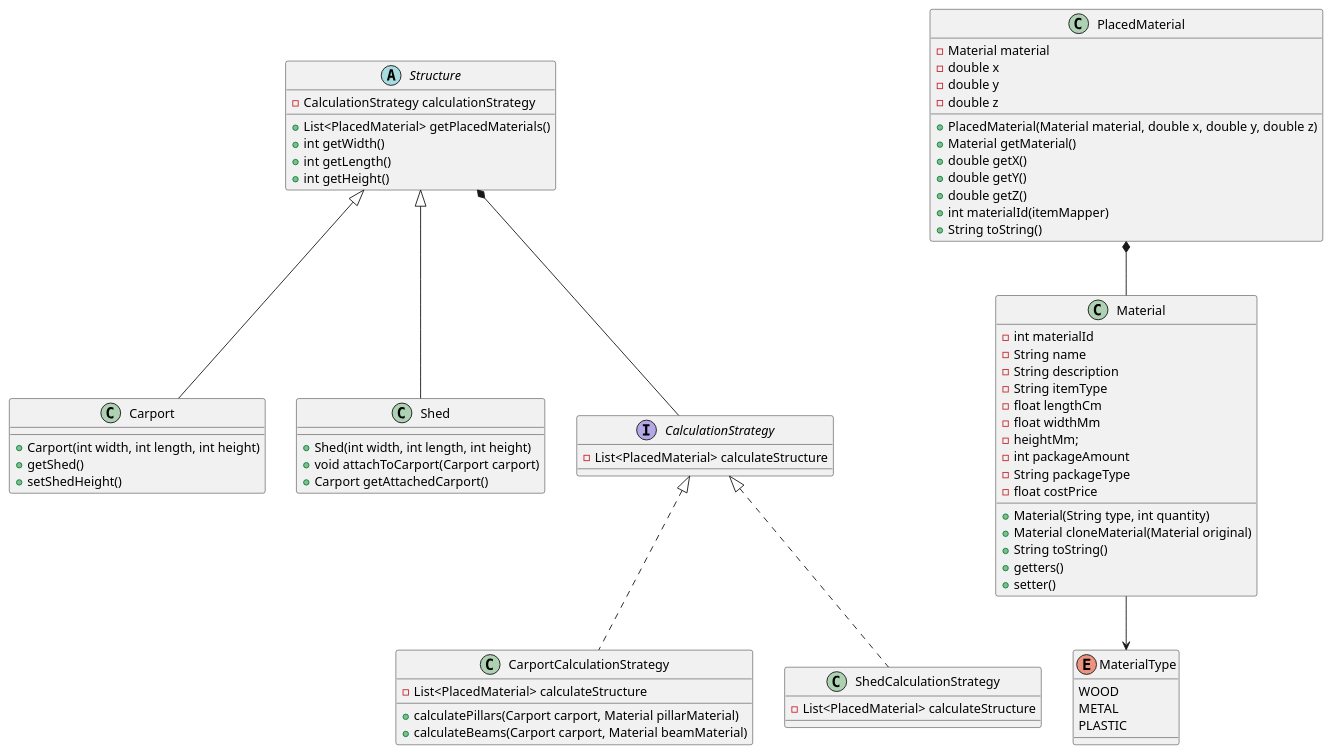
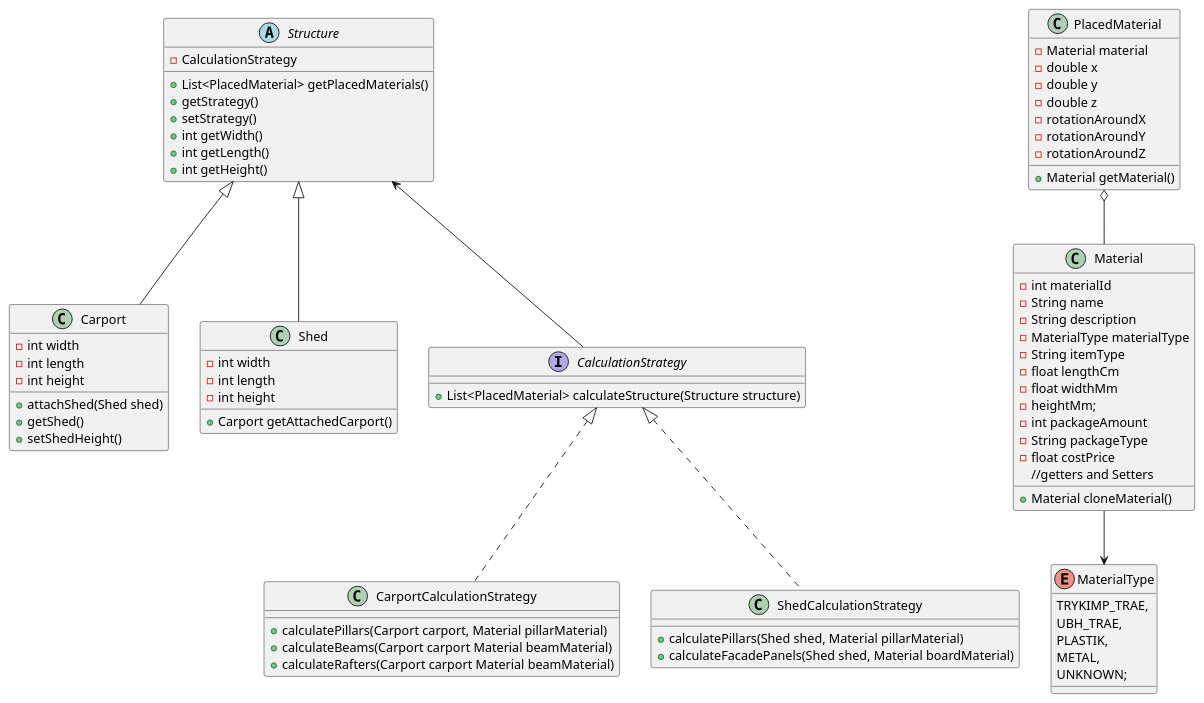
The diagram in src/design/CalculationEngine.puml (mrPrimeBeef/FogCarport), drawn with PlantUML before and after one commit. The commit also changed 8 other files, not shown here.

```diff
--- a/src/design/CalculationEngine.puml
+++ b/src/design/CalculationEngine.puml
@@ -1,83 +1,87 @@
 @startuml
 
 abstract class Structure {
-    - CalculationStrategy calculationStrategy
+    - CalculationStrategy
     + List<PlacedMaterial> getPlacedMaterials()
+    + getStrategy()
+    + setStrategy()
     + int getWidth()
     + int getLength()
     + int getHeight()
 }
 
 class Carport {
-    + Carport(int width, int length, int height)
+    - int width
+    - int length
+    - int height
+    + attachShed(Shed shed)
     + getShed()
     + setShedHeight()
 }
 
 class Shed {
-    + Shed(int width, int length, int height)
-    + void attachToCarport(Carport carport)
+    - int width
+    - int length
+    - int height
     + Carport getAttachedCarport()
 }
 
 interface CalculationStrategy {
-    - List<PlacedMaterial> calculateStructure
+    + List<PlacedMaterial> calculateStructure(Structure structure)
 }
 
 class CarportCalculationStrategy {
-    - List<PlacedMaterial> calculateStructure
     + calculatePillars(Carport carport, Material pillarMaterial)
-    + calculateBeams(Carport carport, Material beamMaterial)
+    + calculateBeams(Carport carport Material beamMaterial)
+    + calculateRafters(Carport carport Material beamMaterial)
 }
 
 class ShedCalculationStrategy {
-    - List<PlacedMaterial> calculateStructure
+    + calculatePillars(Shed shed, Material pillarMaterial)
+    + calculateFacadePanels(Shed shed, Material boardMaterial)
 }
 
 class Material {
     - int materialId
     - String name
     - String description
+    - MaterialType materialType
     - String itemType
     - float lengthCm
     - float widthMm
     - heightMm;
     - int packageAmount
     - String packageType
     - float costPrice
-    + Material(String type, int quantity)
-    + Material cloneMaterial(Material original)
-    + String toString()
-    + getters()
-    + setter()
+    + Material cloneMaterial()
+    //getters and Setters
 }
 
 class PlacedMaterial {
     - Material material
     - double x
     - double y
     - double z
-    + PlacedMaterial(Material material, double x, double y, double z)
+    - rotationAroundX
+    - rotationAroundY
+    - rotationAroundZ
     + Material getMaterial()
-    + double getX()
-    + double getY()
-    + double getZ()
-    + int materialId(itemMapper)
-    + String toString()
 }
 
 enum MaterialType {
-    WOOD
-    METAL
-    PLASTIC
+    TRYKIMP_TRAE,
+    UBH_TRAE,
+    PLASTIK,
+    METAL,
+    UNKNOWN;
 }
 
 Structure <|-- Carport
 Structure <|-- Shed
-Structure *-- CalculationStrategy
+Structure <-- CalculationStrategy
 CalculationStrategy <|.. CarportCalculationStrategy
 CalculationStrategy <|.. ShedCalculationStrategy
 Material --> MaterialType
-PlacedMaterial *-- Material
+PlacedMaterial o-- Material
 
 @enduml
```
